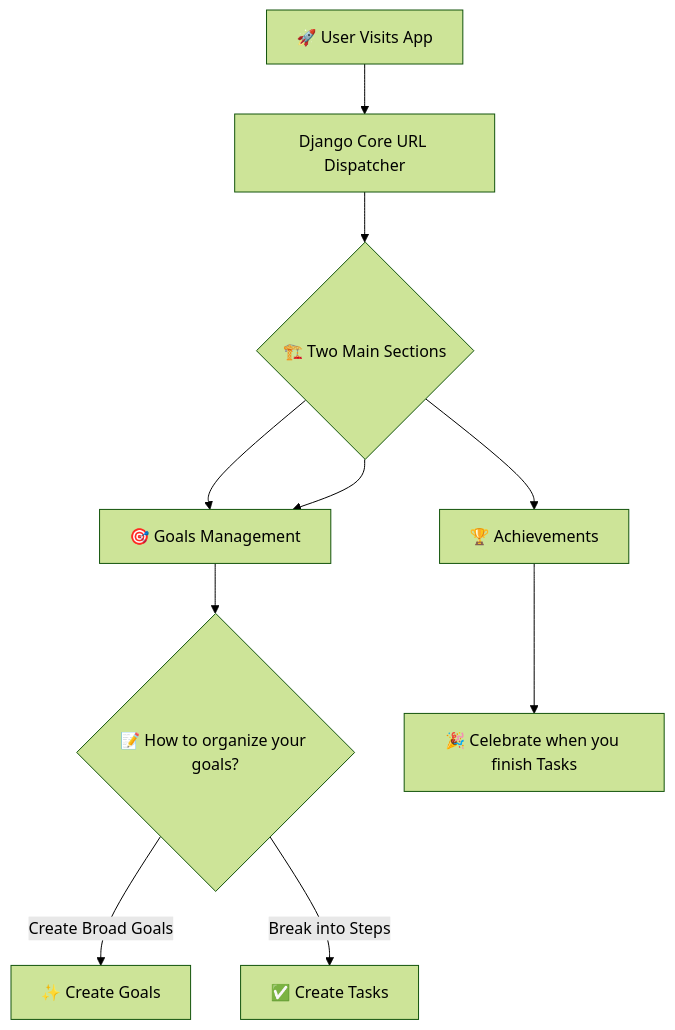
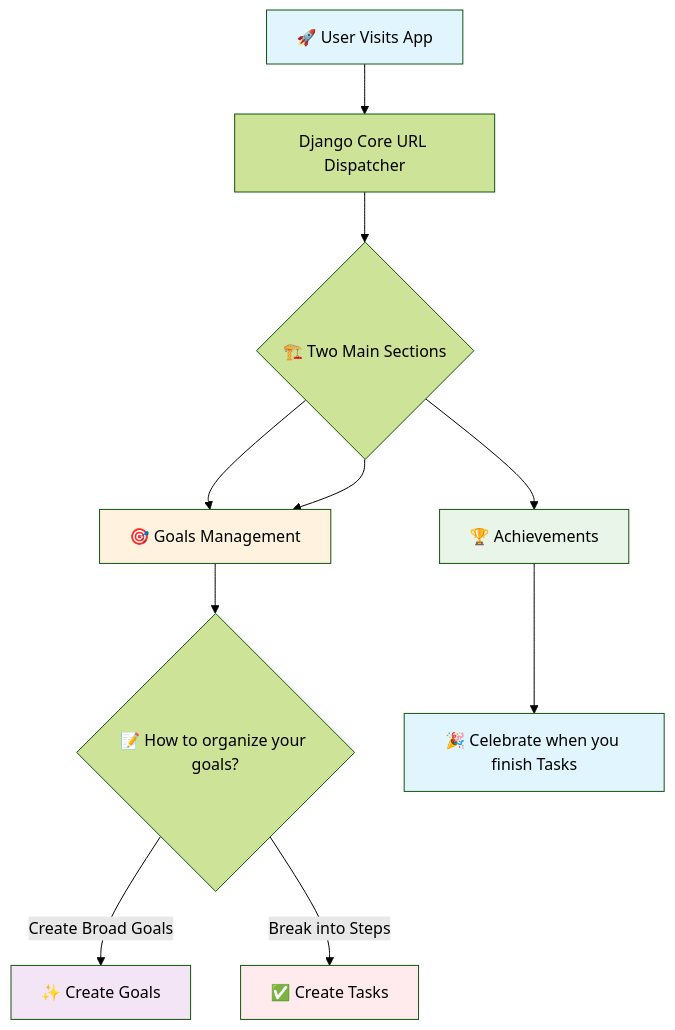
The diagram in README.md (RaneemHamarneh/miniTodoApp), drawn with Mermaid (forest theme) before and after one commit. The commit also changed 4 other files, not shown here.

````diff
--- a/README.md
+++ b/README.md
@@ -5,12 +5,19 @@
 ```mermaid
 graph TD
     A[🚀 User Visits App] --> B[Django Core URL Dispatcher];
     B --> C{🏗️ Two Main Sections};
     C --> D[🎯 Goals Management];
     C --> E[🏆 Achievements];
     D --> F{📝 How to organize your goals?};
     F -- Create Broad Goals --> G[✨ Create Goals];
     F -- Break into Steps --> H[✅ Create Tasks];
     E --> I[🎉 Celebrate when you finish Tasks];
     C-->D;
+
+    style A fill:#e1f5fe
+    style D fill:#fff3e0
+    style E fill:#e8f5e8
+    style G fill:#f3e5f5
+    style H fill:#ffebee
+    style I fill:#e1f5fe
 ```
````
